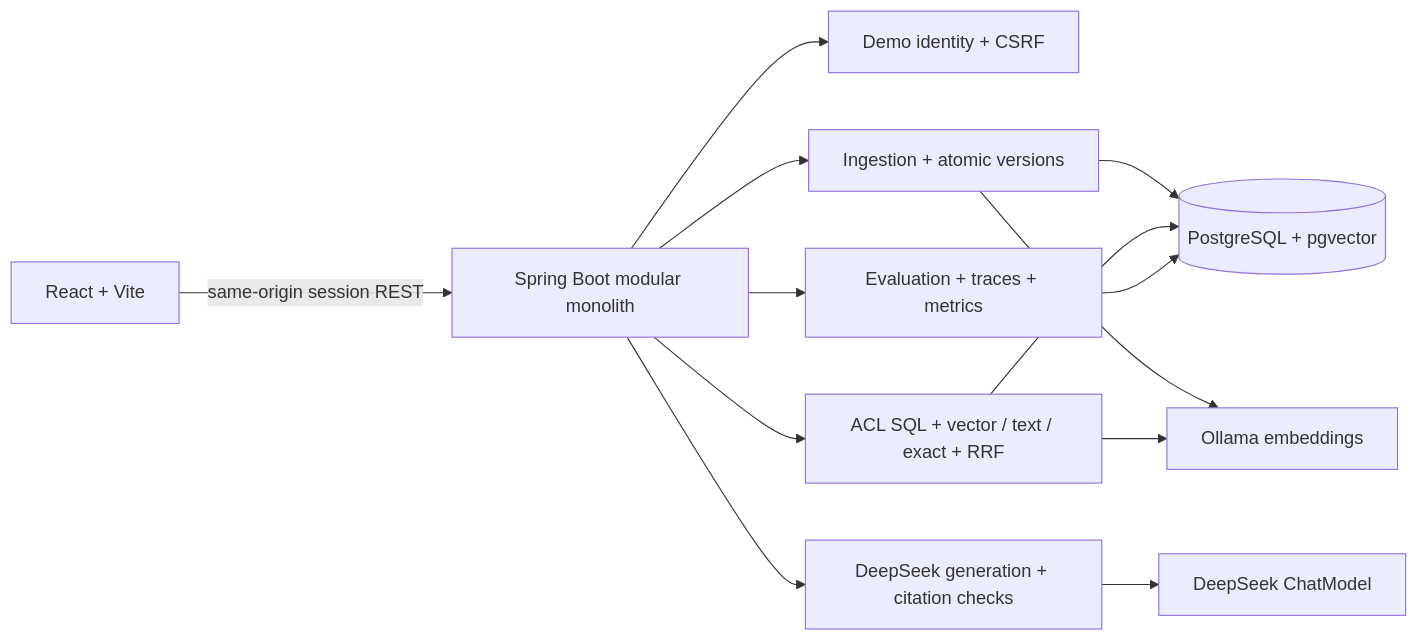
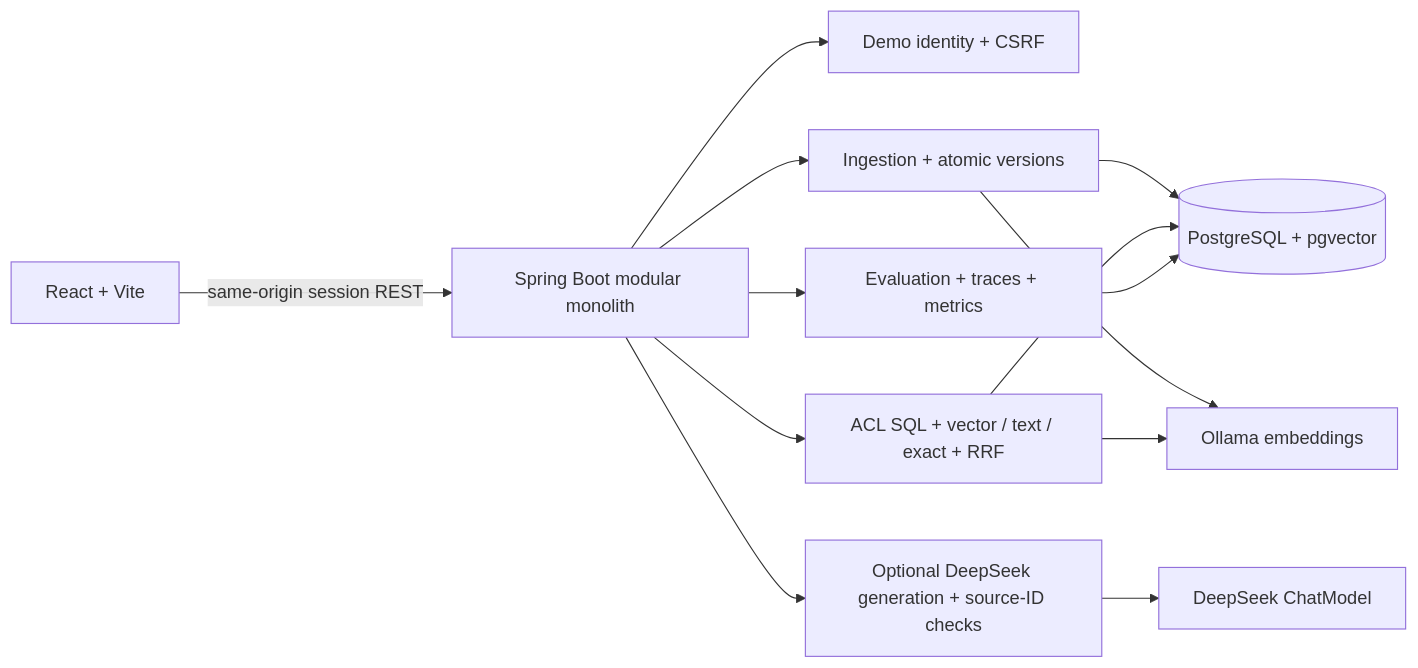
One commit to chen3862000-coder/enterprise-rag-assistant changed the diagram in README.md. Above: the diagram before and after it, drawn with Mermaid. The commit also changed other lines of this file and 67 other files, not shown here.

````diff
--- a/README.md
+++ b/README.md
@@ -23,15 +23,15 @@
 ```mermaid
 flowchart LR
   UI[React + Vite] -->|same-origin session REST| API[Spring Boot modular monolith]
   API --> SEC[Demo identity + CSRF]
   API --> ING[Ingestion + atomic versions]
   API --> RET[ACL SQL + vector / text / exact + RRF]
-  API --> GEN[DeepSeek generation + citation checks]
+  API --> GEN[Optional DeepSeek generation + source-ID checks]
   API --> OBS[Evaluation + traces + metrics]
   ING --> DB[(PostgreSQL + pgvector)]
   RET --> DB
   OBS --> DB
   ING --> OLLAMA[Ollama embeddings]
   RET --> OLLAMA
   GEN --> DEEPSEEK[DeepSeek ChatModel]
 ```
````
